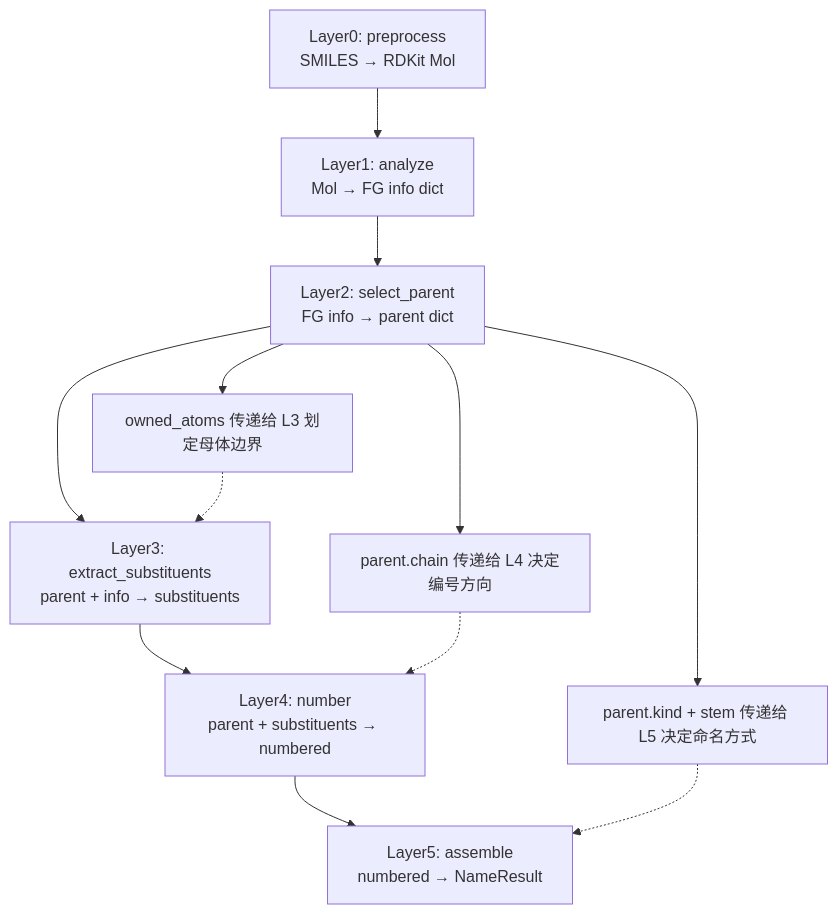
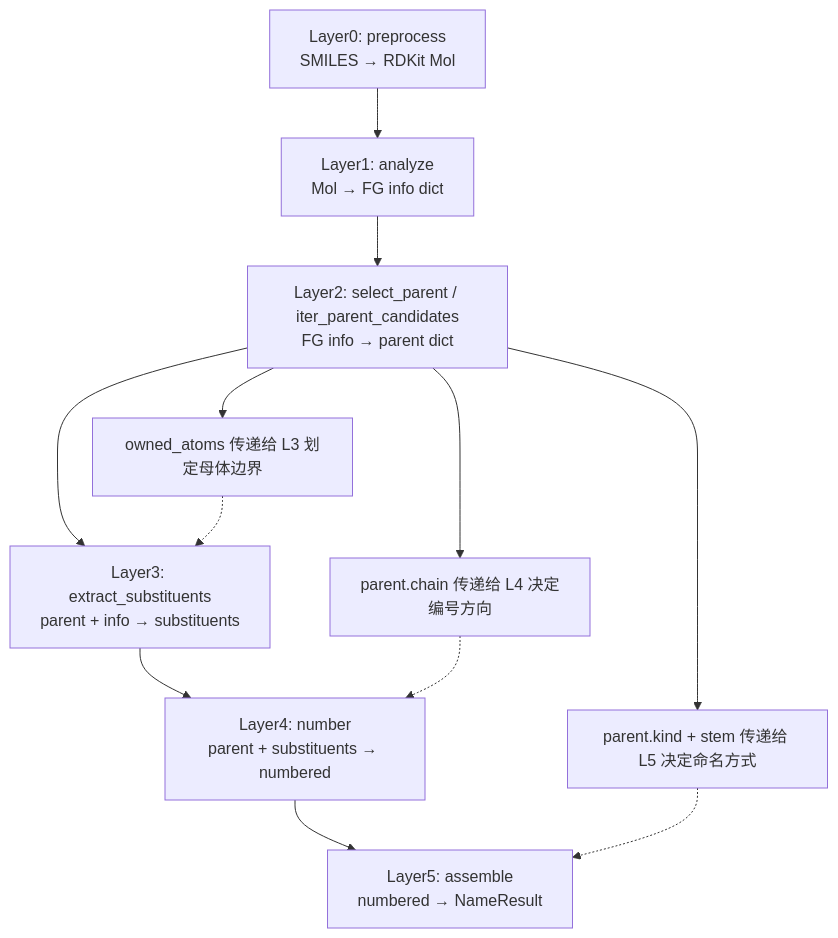
One commit to zouxiaofei1/OpenSMILES changed the third of 5 diagrams in docs/wiki/architecture/layer2-parent-selector.md. Above: the diagram before and after it, drawn with Mermaid. The commit also changed other lines of this file and 11 other files, not shown here.

````diff
--- a/docs/wiki/architecture/layer2-parent-selector.md
+++ b/docs/wiki/architecture/layer2-parent-selector.md
@@ -696,15 +237,15 @@
 ```mermaid
 flowchart TD
     L0["Layer0: preprocess<br/>SMILES → RDKit Mol"] --> L1["Layer1: analyze<br/>Mol → FG info dict"]
-    L1 --> L2["Layer2: select_parent<br/>FG info → parent dict"]
+    L1 --> L2["Layer2: select_parent / iter_parent_candidates<br/>FG info → parent dict"]
     L2 --> L3["Layer3: extract_substituents<br/>parent + info → substituents"]
     L3 --> L4["Layer4: number<br/>parent + substituents → numbered"]
     L4 --> L5["Layer5: assemble<br/>numbered → NameResult"]
 
     L2 --> L2a["owned_atoms 传递给 L3 划定母体边界"]
     L2a -.-> L3
     L2 --> L2b["parent.kind + stem 传递给 L5 决定命名方式"]
     L2b -.-> L5
     L2 --> L2c["parent.chain 传递给 L4 决定编号方向"]
     L2c -.-> L4
 ```
````
